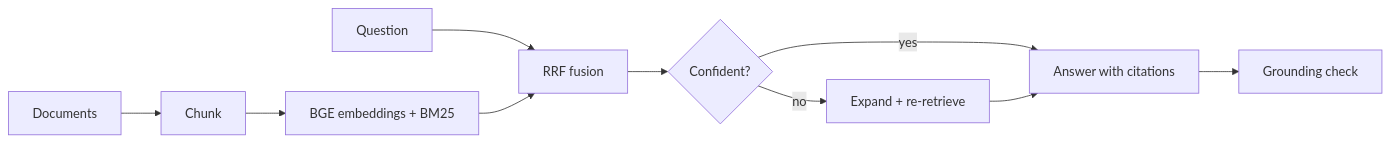
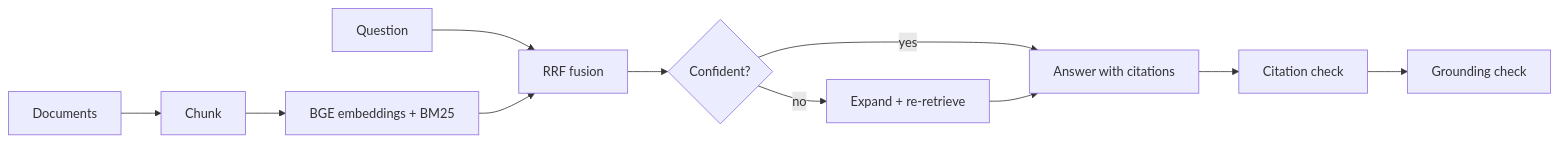
Before and after one commit to urme-b/NexusRAG: the diagram in README.md, drawn with Mermaid. The commit also changed other lines of this file and 12 other files, not shown here.

````diff
--- a/README.md
+++ b/README.md
@@ -31,10 +31,10 @@
 ```mermaid
 flowchart LR
     D[Documents] --> C[Chunk] --> E[BGE embeddings + BM25]
     Q[Question] --> R[RRF fusion]
     E --> R
     R --> G{Confident?}
     G -- yes --> S[Answer with citations]
     G -- no --> P[Expand + re-retrieve] --> S
-    S --> V[Grounding check]
+    S --> CC[Citation check] --> V[Grounding check]
 ```
````
